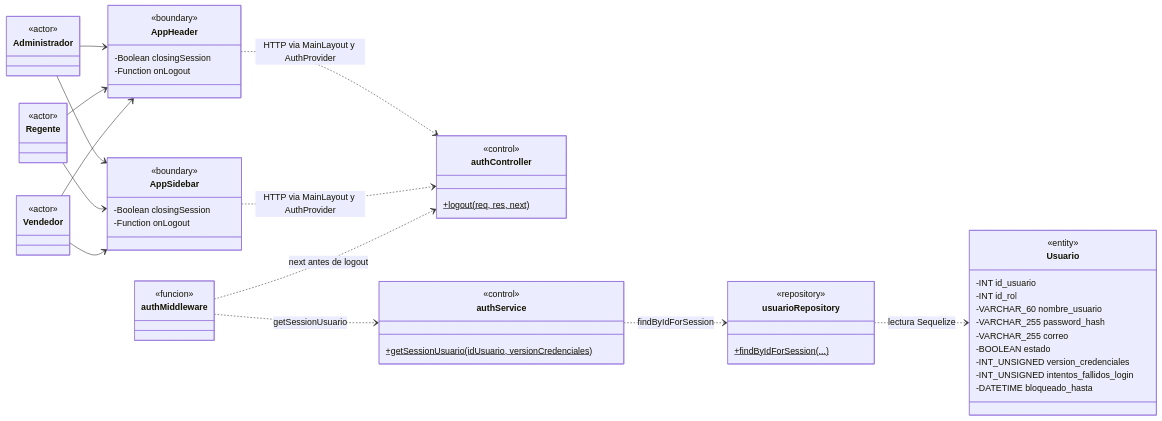
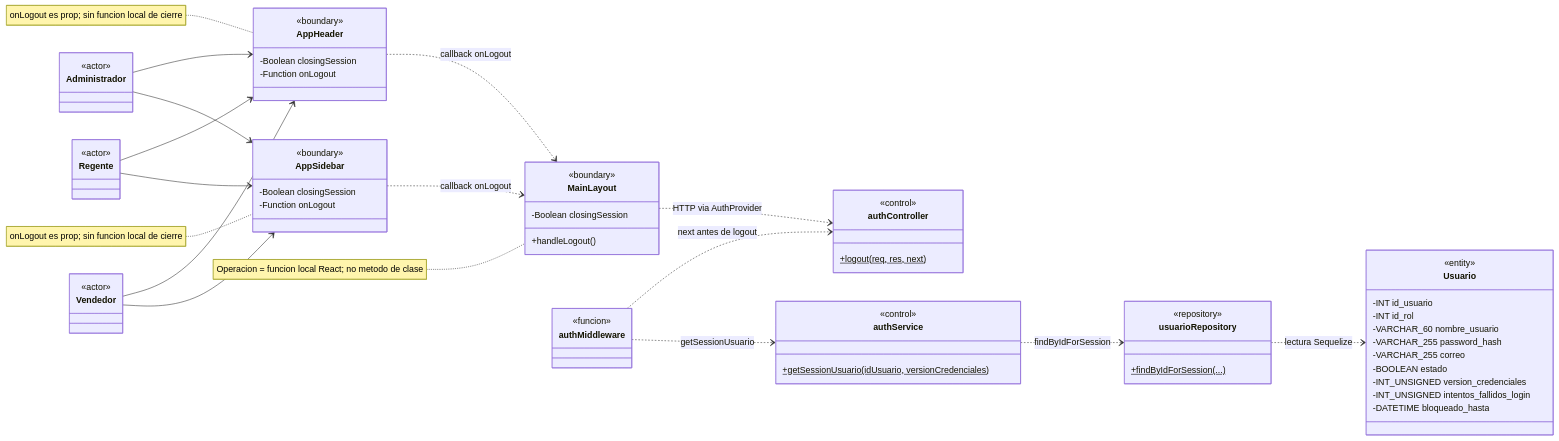
Before and after one commit to CreepyBowDev/cadefar-inventory-system: the second of 34 diagrams in docs/ai/analisis-clases-academico.md, drawn with Mermaid. The commit also changed other lines of this file, not shown here.

````diff
--- a/docs/ai/analisis-clases-academico.md
+++ b/docs/ai/analisis-clases-academico.md
@@ -173,56 +179,65 @@
 ```mermaid
 classDiagram
     direction LR
     class Administrador { <<actor>> }
     class Regente { <<actor>> }
     class Vendedor { <<actor>> }
     class AppHeader {
         <<boundary>>
         -Boolean closingSession
         -Function onLogout
     }
     class AppSidebar {
         <<boundary>>
         -Boolean closingSession
         -Function onLogout
+    }
+    class MainLayout {
+        <<boundary>>
+        -Boolean closingSession
+        +handleLogout()
     }
     class authController {
         <<control>>
         +logout(req, res, next)$
     }
     class authMiddleware {
         <<funcion>>
     }
     class authService {
         <<control>>
         +getSessionUsuario(idUsuario, versionCredenciales)$
     }
     class usuarioRepository {
         <<repository>>
         +findByIdForSession(...)$
     }
     class Usuario {
         <<entity>>
         -INT id_usuario
         -INT id_rol
         -VARCHAR_60 nombre_usuario
         -VARCHAR_255 password_hash
         -VARCHAR_255 correo
         -BOOLEAN estado
         -INT_UNSIGNED version_credenciales
         -INT_UNSIGNED intentos_fallidos_login
         -DATETIME bloqueado_hasta
     }
     Administrador --> AppHeader
     Regente --> AppHeader
     Vendedor --> AppHeader
     Administrador --> AppSidebar
     Regente --> AppSidebar
     Vendedor --> AppSidebar
-    AppHeader ..> authController : HTTP via MainLayout y AuthProvider
-    AppSidebar ..> authController : HTTP via MainLayout y AuthProvider
+    AppHeader ..> MainLayout : callback onLogout
+    AppSidebar ..> MainLayout : callback onLogout
+    MainLayout ..> authController : HTTP via AuthProvider
     authMiddleware ..> authController : next antes de logout
     authMiddleware ..> authService : getSessionUsuario
     authService ..> usuarioRepository : findByIdForSession
     usuarioRepository ..> Usuario : lectura Sequelize
+    note for MainLayout "Operacion = funcion local React; no metodo de clase"
+    note for AppHeader "onLogout es prop; sin funcion local de cierre"
+    note for AppSidebar "onLogout es prop; sin funcion local de cierre"
 ```
````
